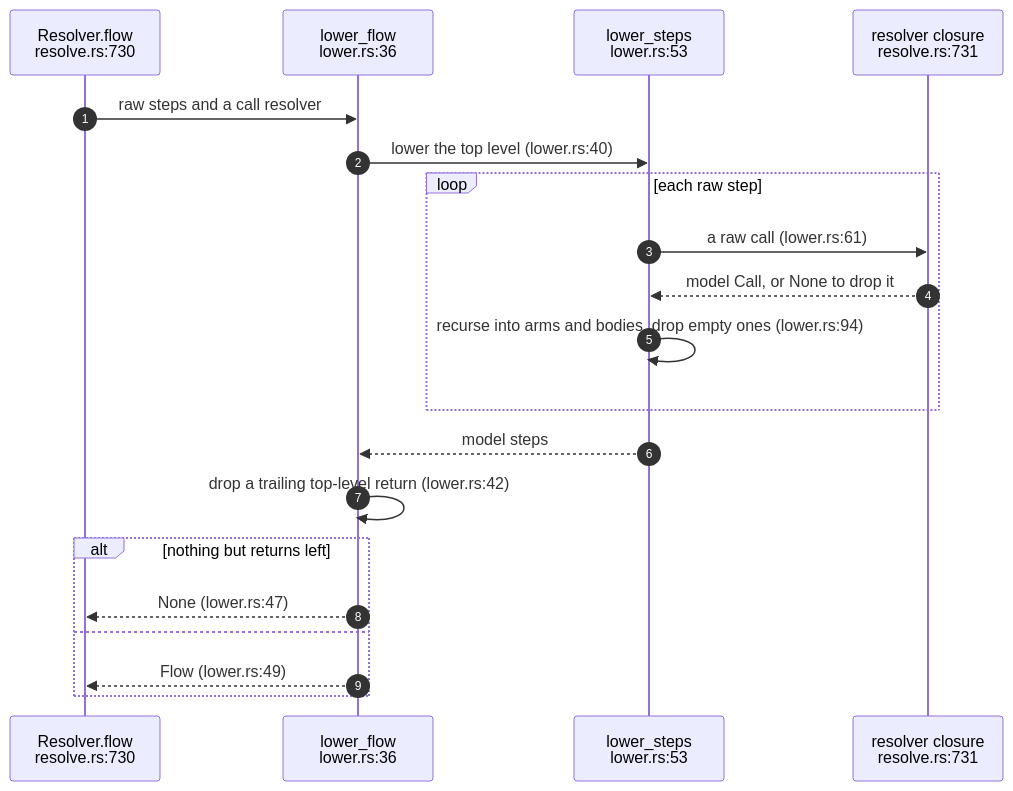
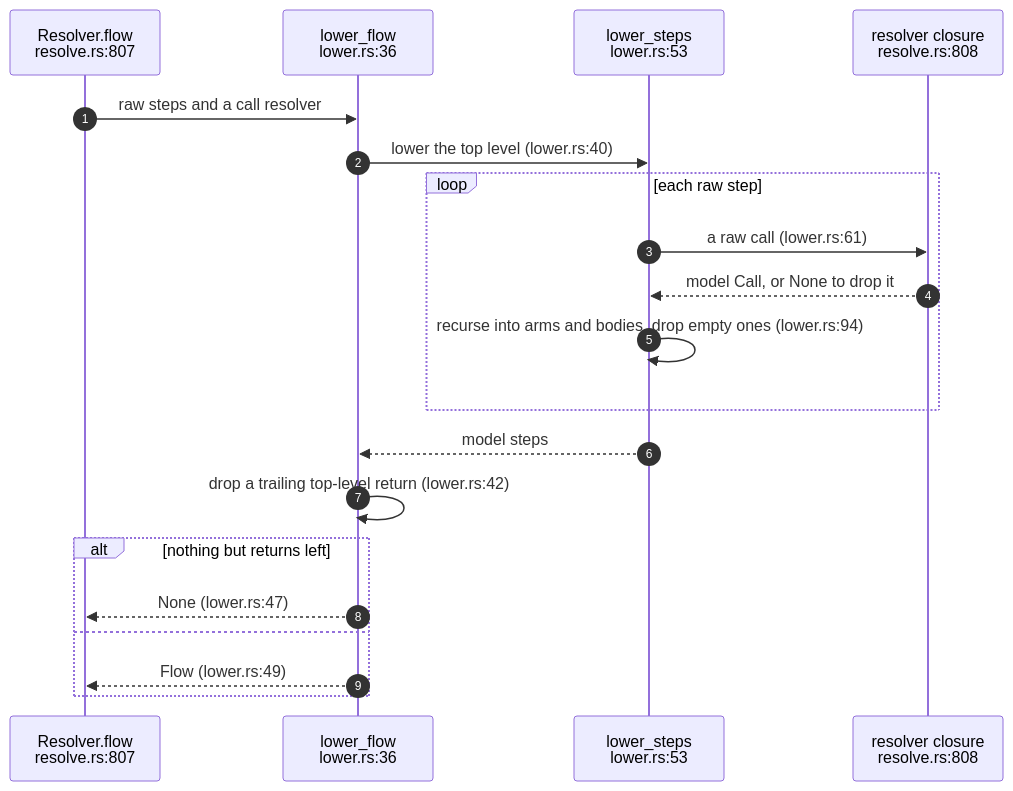
The first of 5 diagrams in docs/diagrams/extract/04-lowering-confidence-and-labels.md (DreamLab-AI/codemaid), drawn with Mermaid before and after one commit. The commit also changed other lines of this file and 8 other files, not shown here.

First line of the commit message:
docs(diagrams): restamp the extract topics to fec7aff; record the generics fix

````diff
--- a/docs/diagrams/extract/04-lowering-confidence-and-labels.md
+++ b/docs/diagrams/extract/04-lowering-confidence-and-labels.md
@@ -57,22 +57,22 @@
 ```mermaid
 sequenceDiagram
     autonumber
-    participant RS as Resolver.flow<br/>resolve.rs:730
+    participant RS as Resolver.flow<br/>resolve.rs:807
     participant LF as lower_flow<br/>lower.rs:36
     participant LS as lower_steps<br/>lower.rs:53
-    participant CB as resolver closure<br/>resolve.rs:731
+    participant CB as resolver closure<br/>resolve.rs:808
     RS->>LF: raw steps and a call resolver
     LF->>LS: lower the top level (lower.rs:40)
     loop each raw step
         LS->>CB: a raw call (lower.rs:61)
         CB-->>LS: model Call, or None to drop it
         LS->>LS: recurse into arms and bodies, drop empty ones (lower.rs:94)
     end
     LS-->>LF: model steps
     LF->>LF: drop a trailing top-level return (lower.rs:42)
     alt nothing but returns left
         LF-->>RS: None (lower.rs:47)
     else
         LF-->>RS: Flow (lower.rs:49)
     end
 ```
````
